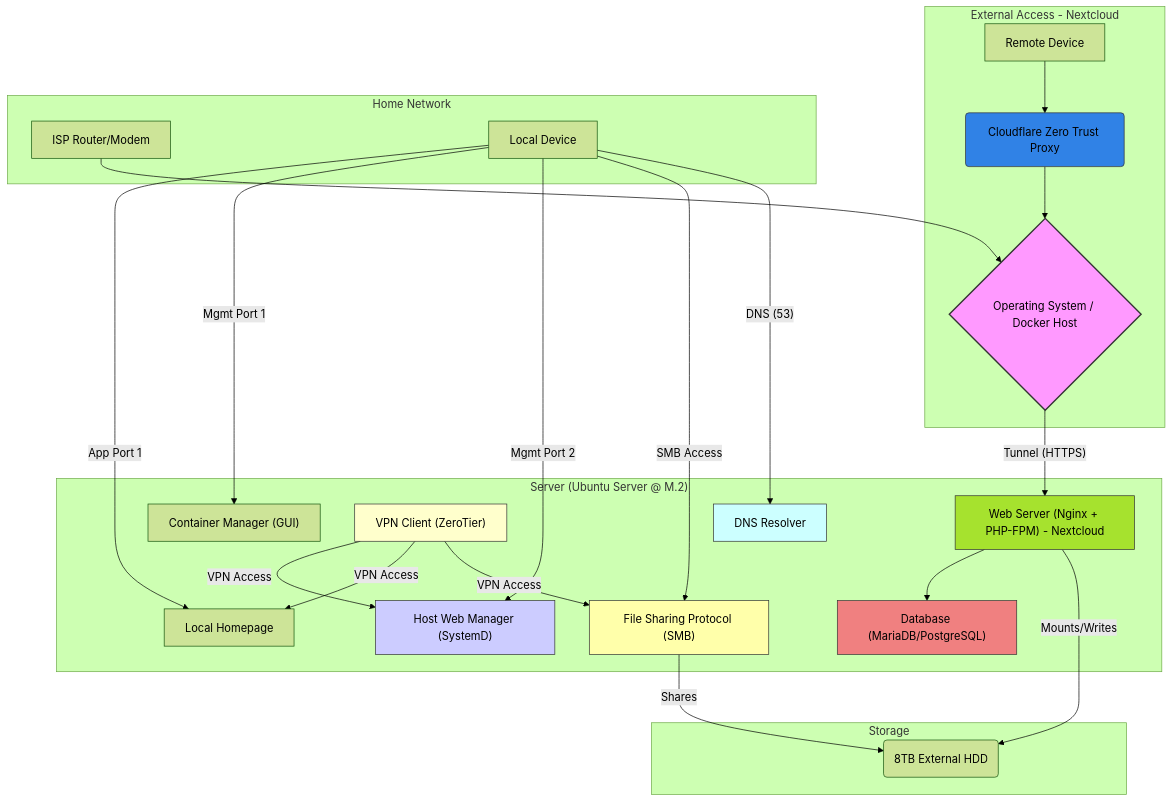
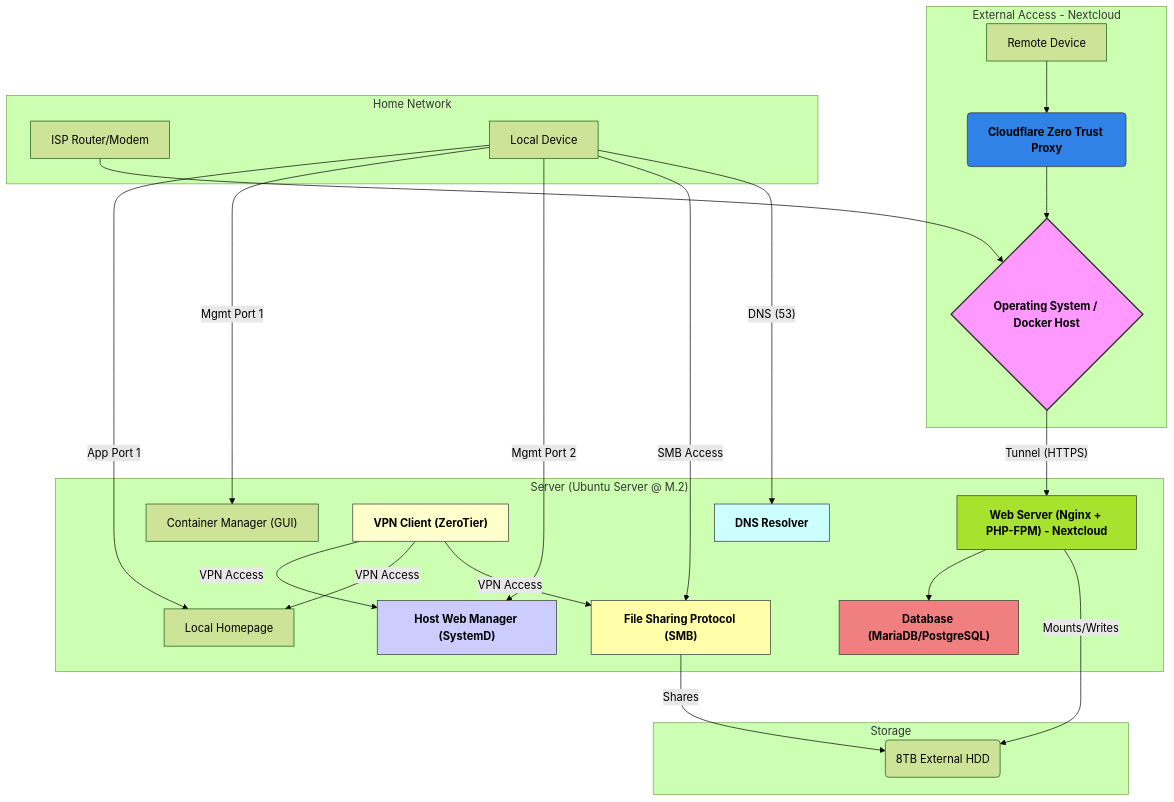
One commit to fedebsoria/selfhosted-cloud-vm-project changed the diagram in documentation/server-diagram.md. Above: the diagram before and after it, drawn with Mermaid (forest theme).

Commit message:
Enhance visual styles in server-diagram.md
Updated styles in server diagram for better visibility.

````diff
--- a/documentation/server-diagram.md
+++ b/documentation/server-diagram.md
@@ -88,12 +88,12 @@
     M -- Shares --> N
     
     %% STYLES FOR VISUAL CLARITY
-    style B fill:#3082e6,stroke:#333
-    style Host fill:#f9f,stroke:#333,stroke-width:2px
-    style K fill:#ffc,stroke:#333
-    style L fill:#cff,stroke:#333
-    style M fill:#ffa,stroke:#333
-    style P fill:#ccf,stroke:#333
-    style NC_Web fill:#a6e22e,stroke:#333
-    style DB fill:#f08080,stroke:#333
+    style B fill:#3082e6,stroke:#333,color:#000,font-weight:bold
+    style Host fill:#f9f,stroke:#333,stroke-width:2px,color:#000,font-weight:bold
+    style K fill:#ffc,stroke:#333,color:#000,font-weight:bold
+    style L fill:#cff,stroke:#333,color:#000,font-weight:bold
+    style M fill:#ffa,stroke:#333,color:#000,font-weight:bold
+    style P fill:#ccf,stroke:#333,color:#000,font-weight:bold
+    style NC_Web fill:#a6e22e,stroke:#333,color:#000,font-weight:bold
+    style DB fill:#f08080,stroke:#333,color:#000,font-weight:bold
 ```
````
